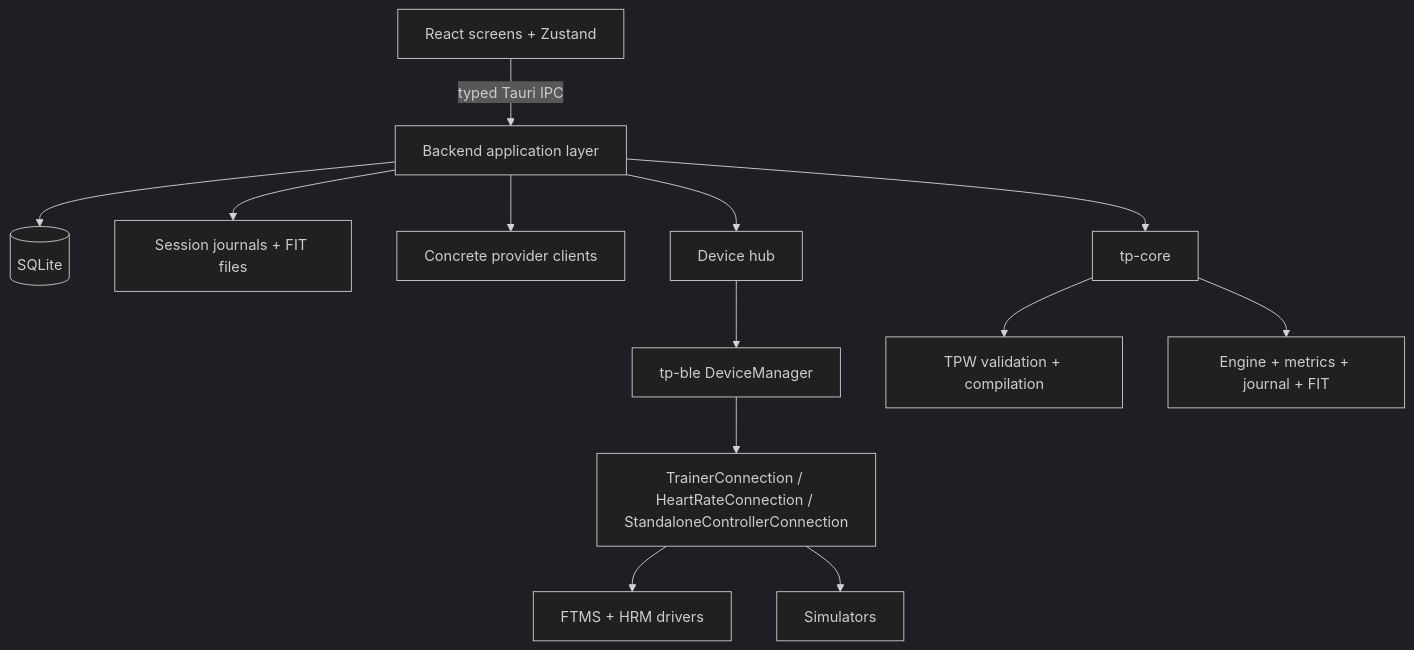
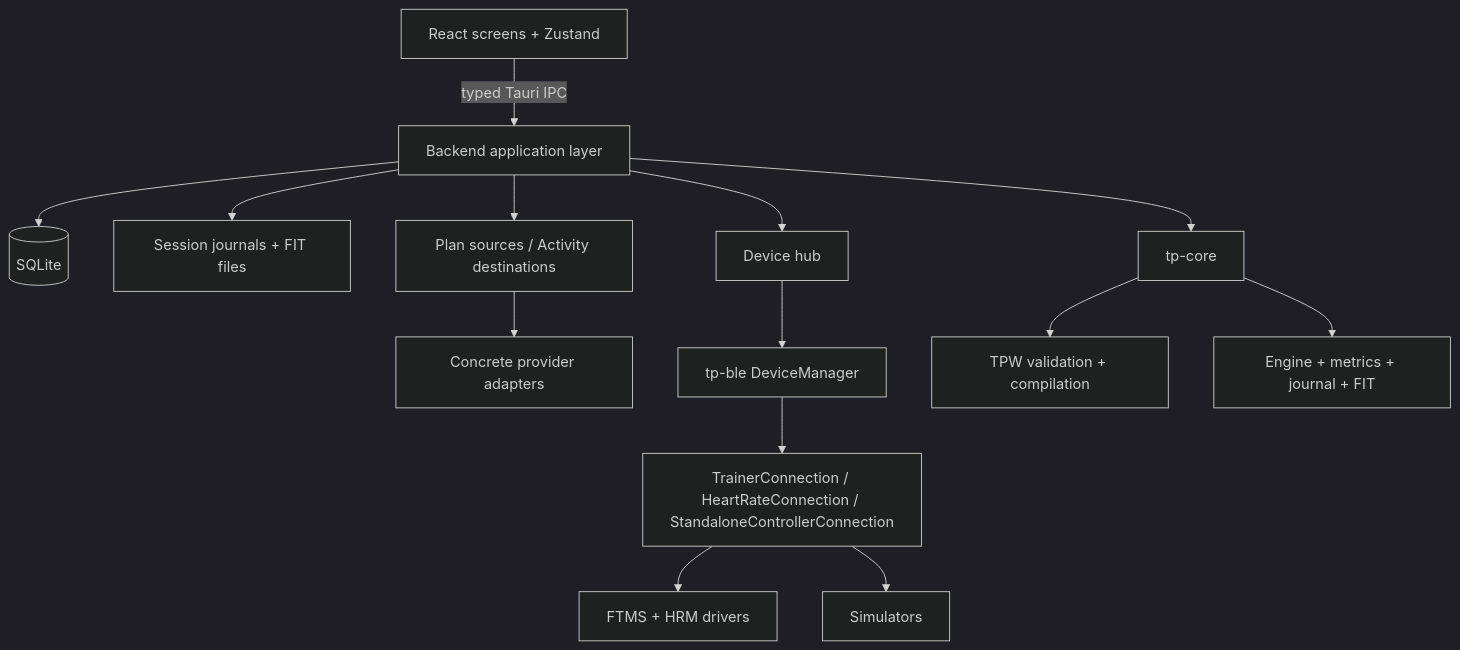
One commit to sergioclemente/TrainerPro changed the first of 2 diagrams in docs/architecture.md. Above: the diagram before and after it, drawn with Mermaid (dark theme). The commit also changed other lines of this file and 35 other files, not shown here.

Commit message:
Add Garmin activity uploads and provider capabilities

````diff
--- a/docs/architecture.md
+++ b/docs/architecture.md
@@ -12,15 +12,16 @@
 ```mermaid
 flowchart TD
     UI[React screens + Zustand] -->|typed Tauri IPC| APP[Backend application layer]
     APP --> DB[(SQLite)]
     APP --> FILES[Session journals + FIT files]
-    APP --> PROVIDERS[Concrete provider clients]
+    APP --> CAPABILITIES[Plan sources / Activity destinations]
+    CAPABILITIES --> PROVIDERS[Concrete provider adapters]
     APP --> CORE[tp-core]
     APP --> HUB[Device hub]
     HUB --> MANAGER[tp-ble DeviceManager]
     MANAGER --> TRAITS[TrainerConnection / HeartRateConnection / StandaloneControllerConnection]
     TRAITS --> BLE[FTMS + HRM drivers]
     TRAITS --> SIM[Simulators]
     CORE --> TPW[TPW validation + compilation]
     CORE --> ENGINE[Engine + metrics + journal + FIT]
 ```
````
